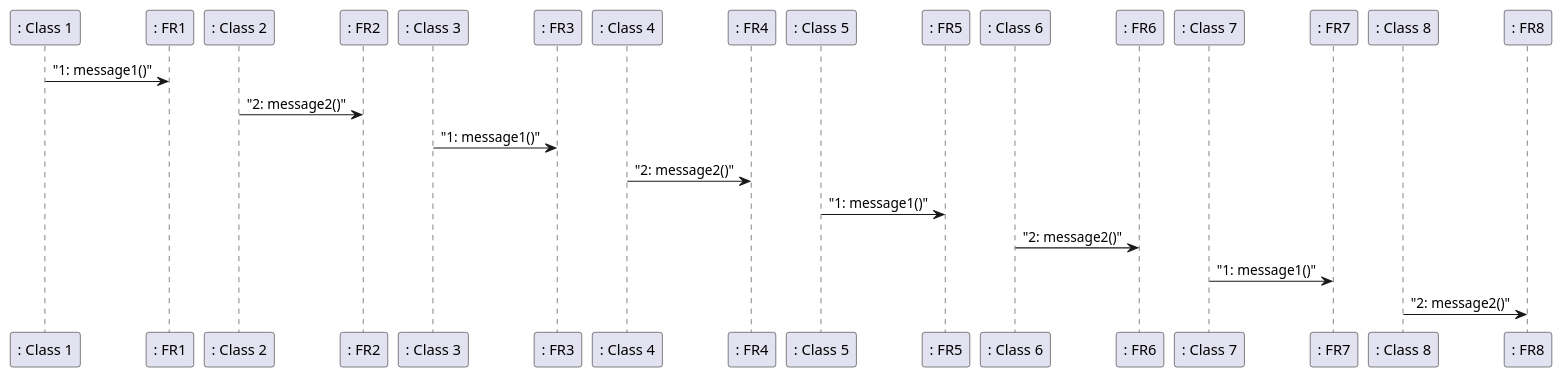
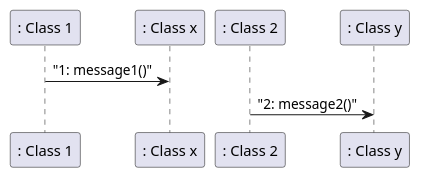
The diagram in templates/DesignDocumentTemplate.md (salvatore-dimartino/LaTazza), drawn with PlantUML before and after one commit. The commit also changed other lines of this file, not shown here.

````diff
--- a/templates/DesignDocumentTemplate.md
+++ b/templates/DesignDocumentTemplate.md
@@ -54,11 +59,4 @@
 ```plantuml
-": Class 1" -> ": FR1": "1: message1()"
-": Class 2" -> ": FR2": "2: message2()"
-": Class 3" -> ": FR3": "1: message1()"
-": Class 4" -> ": FR4": "2: message2()"
-": Class 5" -> ": FR5": "1: message1()"
-": Class 6" -> ": FR6": "2: message2()"
-": Class 7" -> ": FR7": "1: message1()"
-": Class 8" -> ": FR8": "2: message2()"
-
+": Class 1" -> ": Class x": "1: message1()"
+": Class 2" -> ": Class y": "2: message2()"
 ```
````
